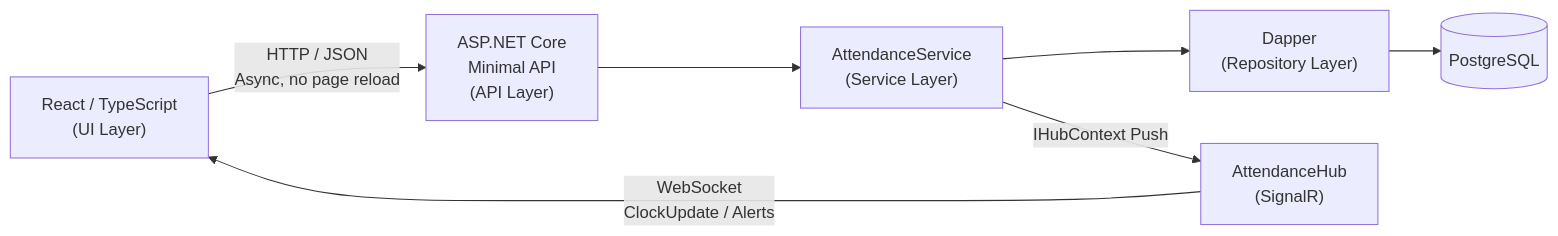
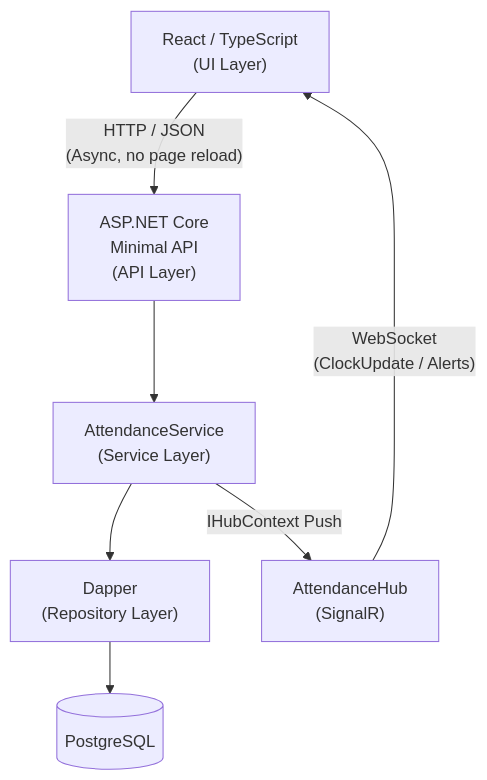
One commit to yktsnet/attendance-system-migration changed the second of 3 diagrams in README.en.md. Above: the diagram before and after it, drawn with Mermaid. The commit also changed 5 other files, not shown here.

````diff
--- a/README.en.md
+++ b/README.en.md
@@ -131,15 +131,19 @@
 ```mermaid
-graph LR
+graph TD
     React["React / TypeScript\n(UI Layer)"]
     API["ASP.NET Core\nMinimal API\n(API Layer)"]
-    HUB["AttendanceHub\n(SignalR)"]
     SVC["AttendanceService\n(Service Layer)"]
     DAP["Dapper\n(Repository Layer)"]
     DB[("PostgreSQL")]
-    React -->|"HTTP / JSON\nAsync, no page reload"| API
+    HUB["AttendanceHub\n(SignalR)"]
+
+    %% Request Flow
+    React -->|"HTTP / JSON\n(Async, no page reload)"| API
     API --> SVC
     SVC --> DAP
     DAP --> DB
+
+    %% Real-time Loop Flow
     SVC -->|"IHubContext Push"| HUB
-    HUB -->|"WebSocket\nClockUpdate / Alerts"| React
+    HUB -->|"WebSocket\n(ClockUpdate / Alerts)"| React
 ```
````
